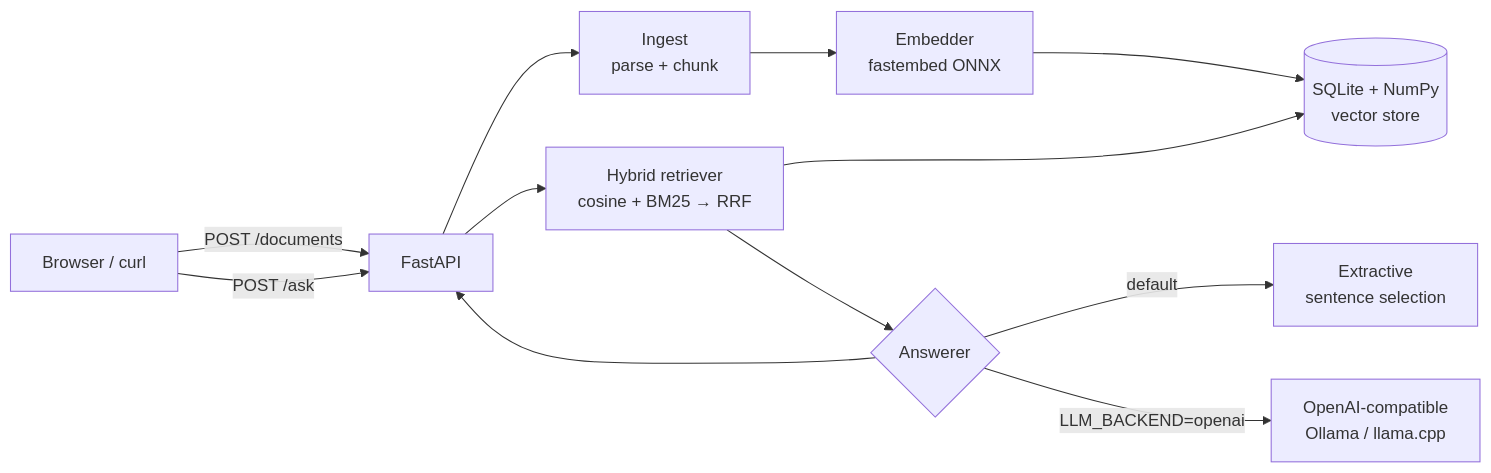
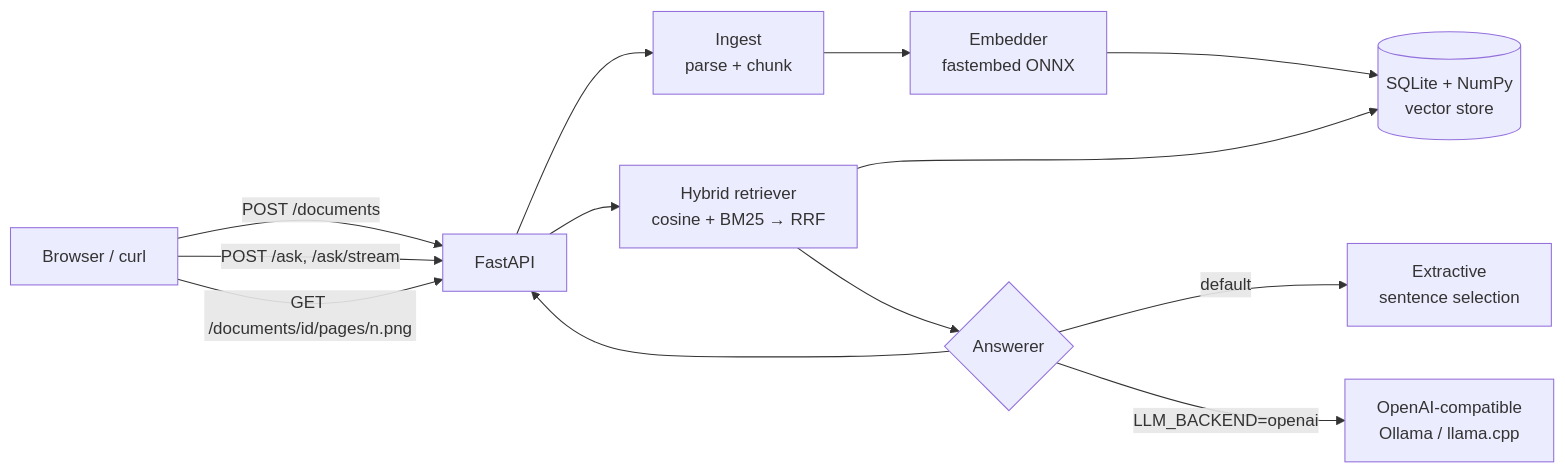
The diagram in README.md (lhwlhw90/portfolio-rag), drawn with Mermaid before and after one commit. The commit also changed other lines of this file and 52 other files, not shown here.

````diff
--- a/README.md
+++ b/README.md
@@ -30,14 +40,15 @@
 ```mermaid
 flowchart LR
   U[Browser / curl] -->|POST /documents| API[FastAPI]
-  U -->|POST /ask| API
+  U -->|POST /ask, /ask/stream| API
+  U -->|GET /documents/id/pages/n.png| API
   API --> ING[Ingest<br/>parse + chunk]
   ING --> EMB[Embedder<br/>fastembed ONNX]
   EMB --> VS[(SQLite + NumPy<br/>vector store)]
   API --> RET[Hybrid retriever<br/>cosine + BM25 → RRF]
   RET --> VS
   RET --> ANS{Answerer}
   ANS -->|default| EX[Extractive<br/>sentence selection]
   ANS -->|LLM_BACKEND=openai| LLM[OpenAI-compatible<br/>Ollama / llama.cpp]
   ANS --> API
 ```
````
